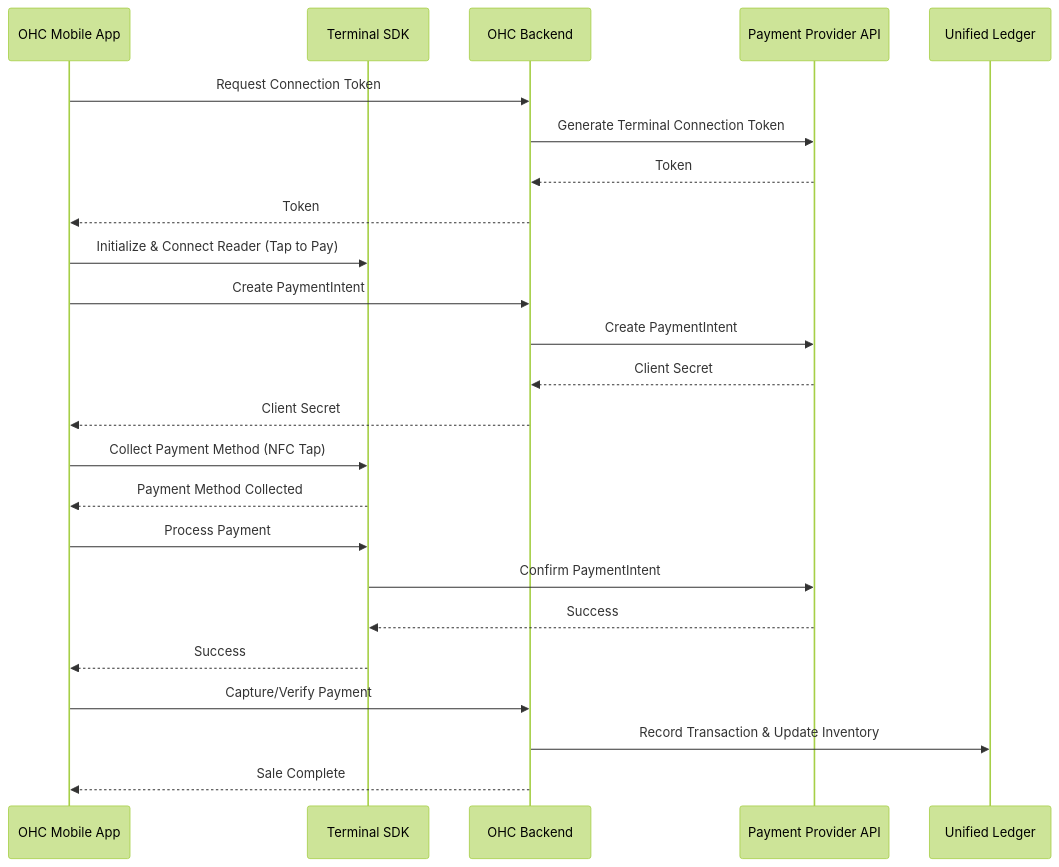
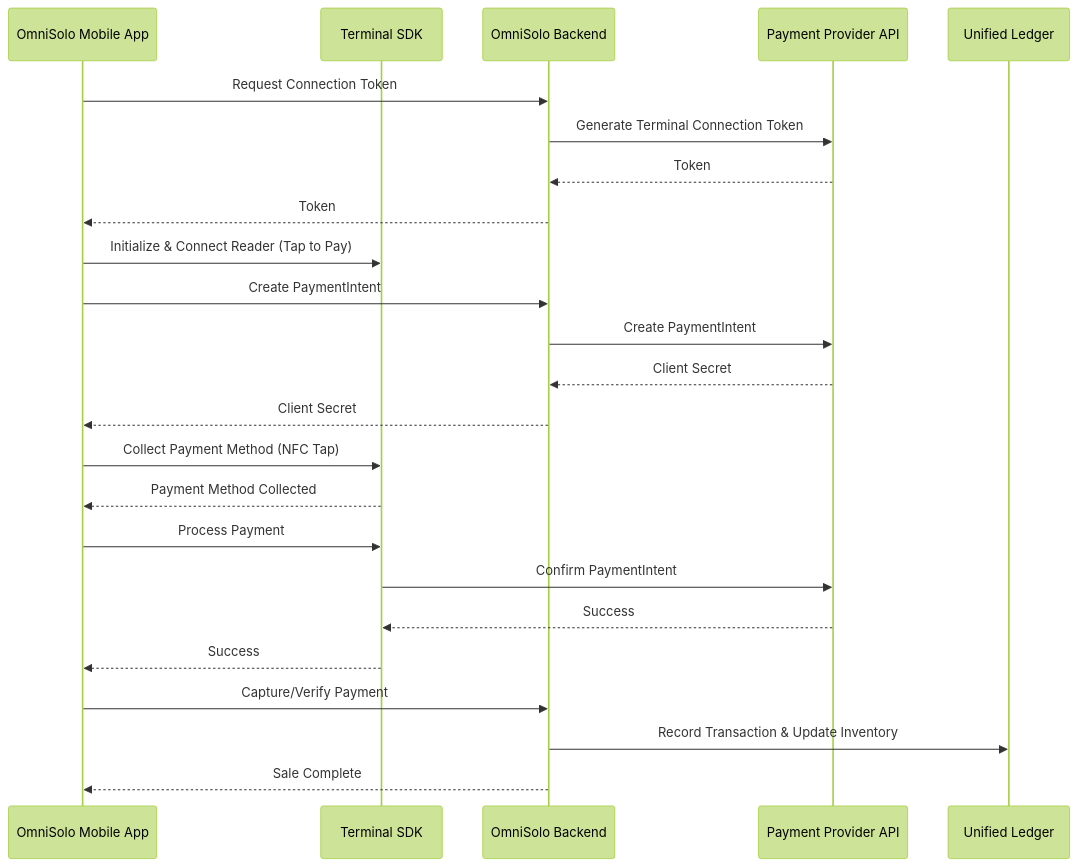
The diagram in docs/research/[architecture]_universal_tap_to_pay_pos.md (omnisolo-llc/onehumancorp), drawn with Mermaid (forest theme) before and after one commit. The commit also changed other lines of this file and 2191 other files, not shown here.

Commit message:
feat: complete OmniSolo rename and browser audit

````diff
--- a/docs/research/[architecture]_universal_tap_to_pay_pos.md
+++ b/docs/research/[architecture]_universal_tap_to_pay_pos.md
@@ -27,27 +27,27 @@
 ```mermaid
 sequenceDiagram
-    participant App as OHC Mobile App
+    participant App as OmniSolo Mobile App
     participant TerminalSDK as Terminal SDK
-    participant OHCBackend as OHC Backend
+    participant OmniSoloBackend as OmniSolo Backend
     participant PaymentAPI as Payment Provider API
     participant Ledger as Unified Ledger
 
-    App->>OHCBackend: Request Connection Token
-    OHCBackend->>PaymentAPI: Generate Terminal Connection Token
-    PaymentAPI-->>OHCBackend: Token
-    OHCBackend-->>App: Token
+    App->>OmniSoloBackend: Request Connection Token
+    OmniSoloBackend->>PaymentAPI: Generate Terminal Connection Token
+    PaymentAPI-->>OmniSoloBackend: Token
+    OmniSoloBackend-->>App: Token
     App->>TerminalSDK: Initialize & Connect Reader (Tap to Pay)
-    App->>OHCBackend: Create PaymentIntent
-    OHCBackend->>PaymentAPI: Create PaymentIntent
-    PaymentAPI-->>OHCBackend: Client Secret
-    OHCBackend-->>App: Client Secret
+    App->>OmniSoloBackend: Create PaymentIntent
+    OmniSoloBackend->>PaymentAPI: Create PaymentIntent
+    PaymentAPI-->>OmniSoloBackend: Client Secret
+    OmniSoloBackend-->>App: Client Secret
     App->>TerminalSDK: Collect Payment Method (NFC Tap)
     TerminalSDK-->>App: Payment Method Collected
     App->>TerminalSDK: Process Payment
     TerminalSDK->>PaymentAPI: Confirm PaymentIntent
     PaymentAPI-->>TerminalSDK: Success
     TerminalSDK-->>App: Success
-    App->>OHCBackend: Capture/Verify Payment
-    OHCBackend->>Ledger: Record Transaction & Update Inventory
-    OHCBackend-->>App: Sale Complete
+    App->>OmniSoloBackend: Capture/Verify Payment
+    OmniSoloBackend->>Ledger: Record Transaction & Update Inventory
+    OmniSoloBackend-->>App: Sale Complete
 ```
````
